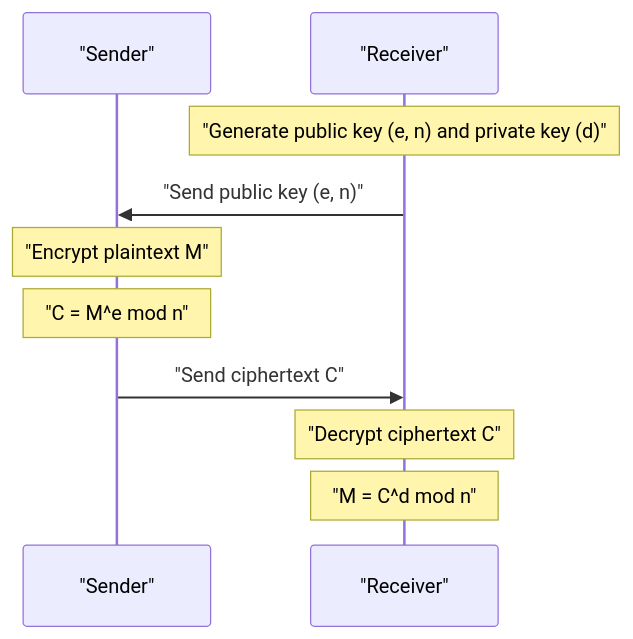
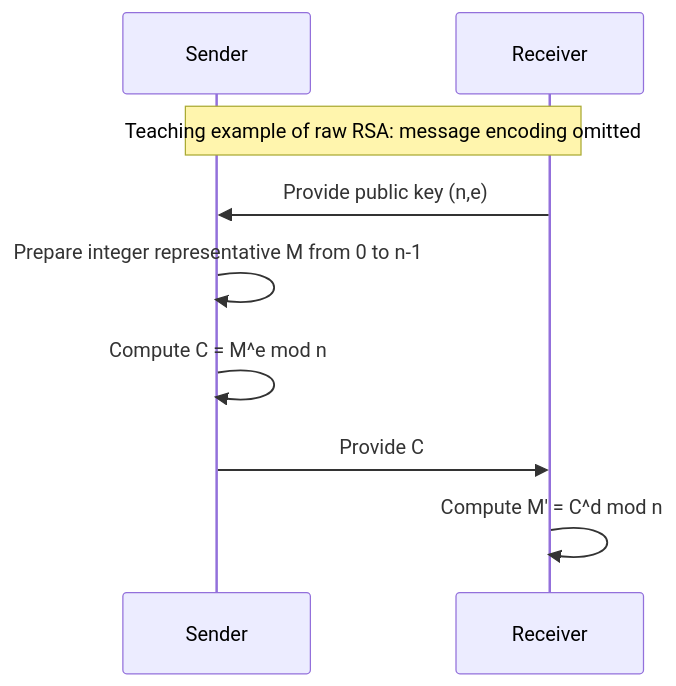
The second of 2 diagrams in content/post/fermats-little-theorem/index.en.md (kenjinote/blog), drawn with Mermaid before and after one commit. The commit also changed other lines of this file and 8 other files, not shown here.

````diff
--- a/content/post/fermats-little-theorem/index.en.md
+++ b/content/post/fermats-little-theorem/index.en.md
@@ -101,12 +79,11 @@
 ```mermaid
 sequenceDiagram
-    participant Sender as "Sender"
-    participant Receiver as "Receiver"
-    Note over Receiver: "Generate public key (e, n) and private key (d)"
-    Receiver->>Sender: "Send public key (e, n)"
-    Note over Sender: "Encrypt plaintext M"
-    Note over Sender: "C = M^e mod n"
-    Sender->>Receiver: "Send ciphertext C"
-    Note over Receiver: "Decrypt ciphertext C"
-    Note over Receiver: "M = C^d mod n"
+    participant Sender as Sender
+    participant Receiver as Receiver
+    Note over Sender,Receiver: Teaching example of raw RSA: message encoding omitted
+    Receiver->>Sender: Provide public key (n,e)
+    Sender->>Sender: Prepare integer representative M from 0 to n-1
+    Sender->>Sender: Compute C = M^e mod n
+    Sender->>Receiver: Provide C
+    Receiver->>Receiver: Compute M' = C^d mod n
 ```
````
